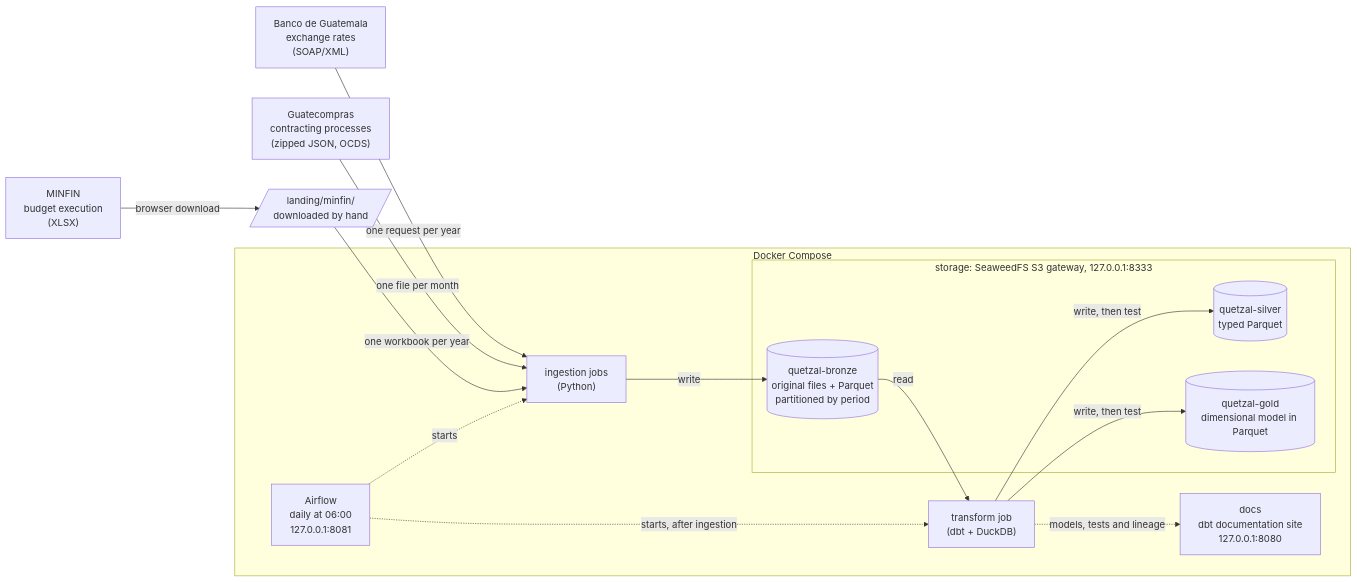
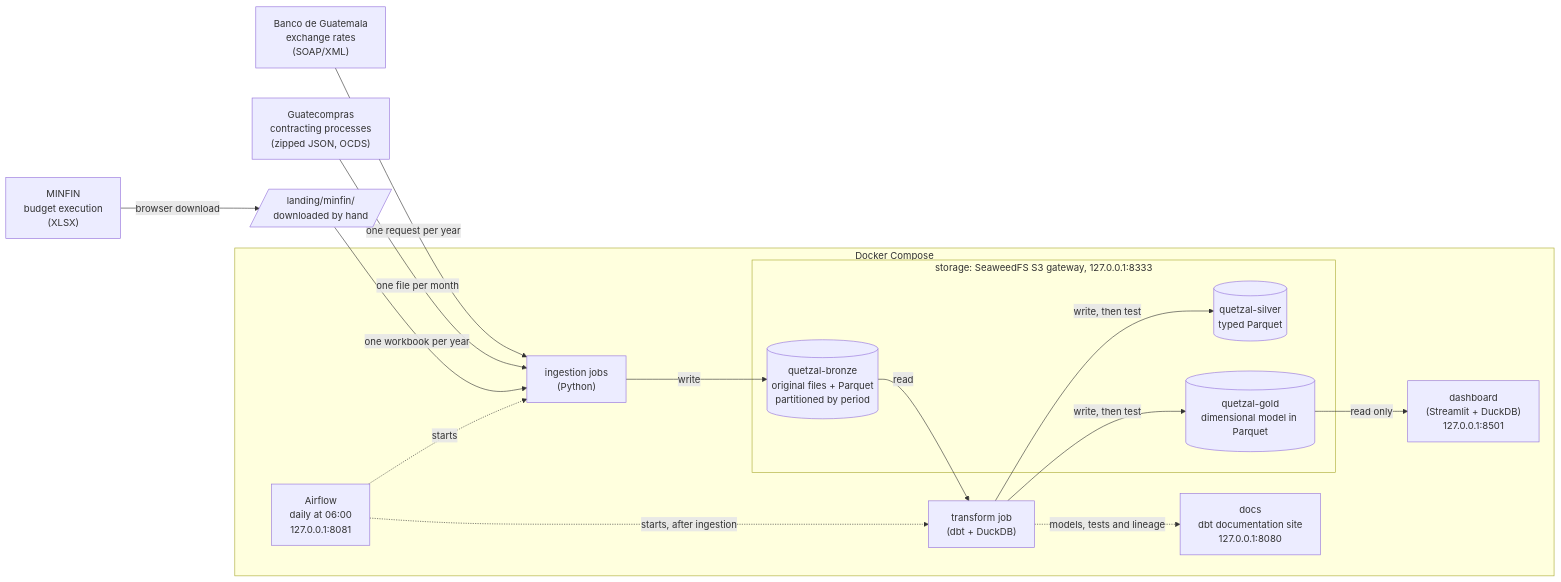
Before and after one commit to Carlosmarroquin20/quetzal-lakehouse: the first of 2 diagrams in README.md, drawn with Mermaid. The commit also changed other lines of this file, not shown here.

First line of the commit message:
Document the dashboard

````diff
--- a/README.md
+++ b/README.md
@@ -35,29 +37,31 @@
 ```mermaid
 flowchart LR
     banguat["Banco de Guatemala<br/>exchange rates<br/>(SOAP/XML)"]
     guatecompras["Guatecompras<br/>contracting processes<br/>(zipped JSON, OCDS)"]
     minfin["MINFIN<br/>budget execution<br/>(XLSX)"]
     landing[/"landing/minfin/<br/>downloaded by hand"/]
     subgraph compose["Docker Compose"]
         airflow["Airflow<br/>daily at 06:00<br/>127.0.0.1:8081"]
         ingestion["ingestion jobs<br/>(Python)"]
         transform["transform job<br/>(dbt + DuckDB)"]
         docs["docs<br/>dbt documentation site<br/>127.0.0.1:8080"]
+        dashboard["dashboard<br/>(Streamlit + DuckDB)<br/>127.0.0.1:8501"]
         subgraph storage["storage: SeaweedFS S3 gateway, 127.0.0.1:8333"]
             bronze[("quetzal-bronze<br/>original files + Parquet<br/>partitioned by period")]
             silver[("quetzal-silver<br/>typed Parquet")]
             gold[("quetzal-gold<br/>dimensional model in Parquet")]
         end
     end
     banguat -- "one request per year" --> ingestion
     guatecompras -- "one file per month" --> ingestion
     minfin -- "browser download" --> landing
     landing -- "one workbook per year" --> ingestion
     ingestion -- "write" --> bronze
     bronze -- "read" --> transform
     transform -- "write, then test" --> silver
     transform -- "write, then test" --> gold
     transform -. "models, tests and lineage" .-> docs
+    gold -- "read only" --> dashboard
     airflow -. "starts" .-> ingestion
     airflow -. "starts, after ingestion" .-> transform
 ```
````
